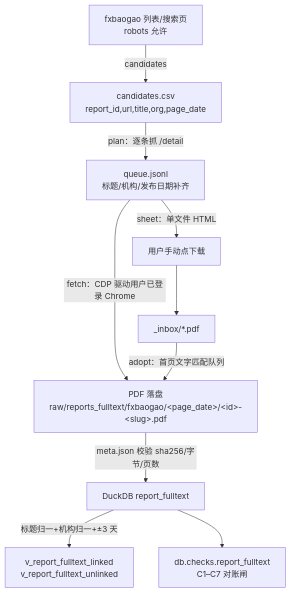
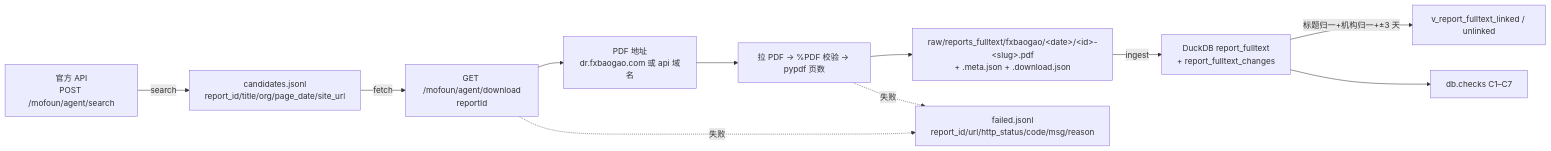
Before and after one commit to huangsewanjia/quant-lab: the diagram in docs/WORK-623/02-design.md, drawn with Mermaid. The commit also changed other lines of this file and 16 other files, not shown here.

````diff
--- a/docs/WORK-623/02-design.md
+++ b/docs/WORK-623/02-design.md
@@ -5,12 +5,13 @@
 ```mermaid
-flowchart TD
-    A["fxbaogao 列表/搜索页<br/>robots 允许"] -->|candidates| B["candidates.csv<br/>report_id,url,title,org,page_date"]
-    B -->|plan：逐条抓 /detail| C["queue.jsonl<br/>标题/机构/发布日期补齐"]
-    C -->|fetch：CDP 驱动用户已登录 Chrome| D["PDF 落盘<br/>raw/reports_fulltext/fxbaogao/&lt;page_date&gt;/&lt;id&gt;-&lt;slug&gt;.pdf"]
-    C -->|sheet：单文件 HTML| E["用户手动点下载"]
-    E --> F["_inbox/*.pdf"]
-    F -->|adopt：首页文字匹配队列| D
-    D -->|meta.json 校验 sha256/字节/页数| G["DuckDB report_fulltext"]
-    G -->|标题归一+机构归一+±3 天| H["v_report_fulltext_linked<br/>v_report_fulltext_unlinked"]
-    G --> I["db.checks.report_fulltext<br/>C1–C7 对账闸"]
+flowchart LR
+    A["官方 API<br/>POST /mofoun/agent/search"] -->|search| B["candidates.jsonl<br/>report_id/title/org/page_date/site_url"]
+    B -->|fetch| C["GET /mofoun/agent/download<br/>reportId"]
+    C --> D["PDF 地址<br/>dr.fxbaogao.com 或 api 域名"]
+    D --> E["拉 PDF → %PDF 校验 → pypdf 页数"]
+    E --> F["raw/reports_fulltext/fxbaogao/&lt;date&gt;/&lt;id&gt;-&lt;slug&gt;.pdf<br/>+ .meta.json + .download.json"]
+    F -->|ingest| G["DuckDB report_fulltext<br/>+ report_fulltext_changes"]
+    G -->|标题归一+机构归一+±3 天| H["v_report_fulltext_linked / unlinked"]
+    G --> I["db.checks C1–C7"]
+    C -. 失败 .-> J["failed.jsonl<br/>report_id/url/http_status/code/msg/reason"]
+    E -. 失败 .-> J
 ```
````
